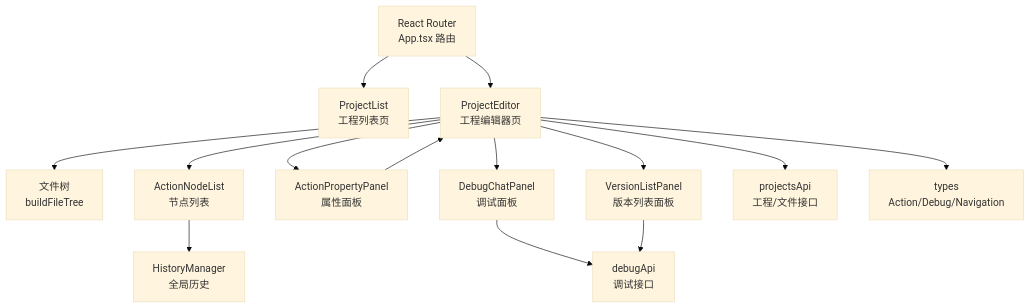
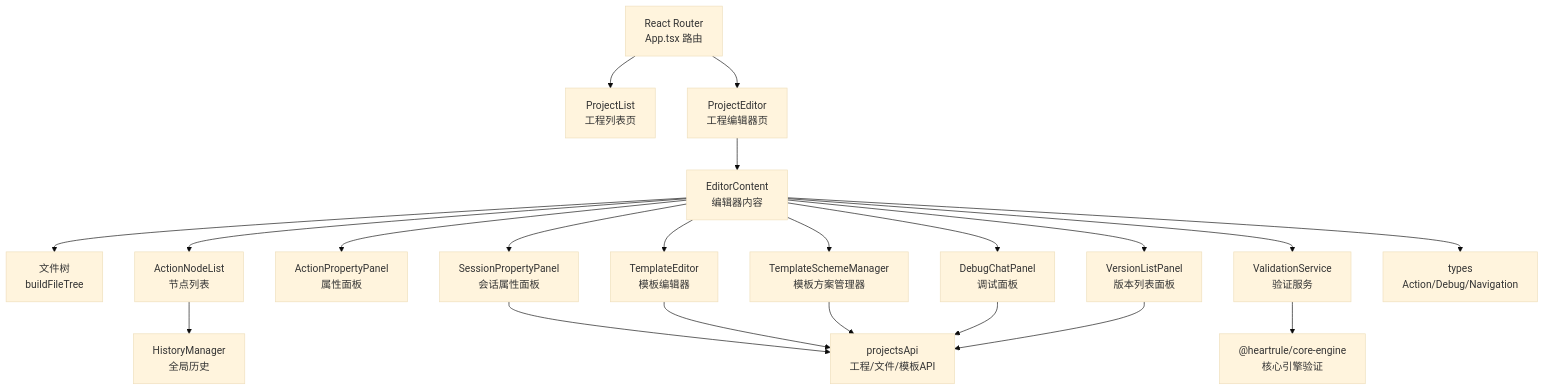
One commit to EverettCamus/HeartRule-Qoder changed the second of 20 diagrams in .qoder/repowiki/zh/content/脚本编辑器/脚本编辑器.md. Above: the diagram before and after it, drawn with Mermaid (base theme). The commit also changed other lines of this file and 8 other files, not shown here.

````diff
--- a/.qoder/repowiki/zh/content/脚本编辑器/脚本编辑器.md
+++ b/.qoder/repowiki/zh/content/脚本编辑器/脚本编辑器.md
@@ -124,16 +168,23 @@
 ```mermaid
 graph TB
 R["React Router<br/>App.tsx 路由"] --> PL["ProjectList<br/>工程列表页"]
 R --> PE["ProjectEditor<br/>工程编辑器页"]
-PE --> FT["文件树<br/>buildFileTree"]
-PE --> AE["ActionNodeList<br/>节点列表"]
-PE --> AP["ActionPropertyPanel<br/>属性面板"]
-PE --> DC["DebugChatPanel<br/>调试面板"]
-PE --> VP["VersionListPanel<br/>版本列表面板"]
+PE --> EC["EditorContent<br/>编辑器内容"]
+EC --> FT["文件树<br/>buildFileTree"]
+EC --> AE["ActionNodeList<br/>节点列表"]
+EC --> AP["ActionPropertyPanel<br/>属性面板"]
+EC --> SP["SessionPropertyPanel<br/>会话属性面板"]
+EC --> TE["TemplateEditor<br/>模板编辑器"]
+EC --> TSM["TemplateSchemeManager<br/>模板方案管理器"]
+EC --> DC["DebugChatPanel<br/>调试面板"]
+EC --> VP["VersionListPanel<br/>版本列表面板"]
 AE --> HM["HistoryManager<br/>全局历史"]
-AP --> PE
-DC --> API["debugApi<br/>调试接口"]
+SP --> API["projectsApi<br/>工程/文件/模板API"]
+TE --> API
+TSM --> API
+DC --> API
 VP --> API
-PE --> PAPI["projectsApi<br/>工程/文件接口"]
-PE --> T["types<br/>Action/Debug/Navigation"]
+EC --> VS["ValidationService<br/>验证服务"]
+VS --> CORE["@heartrule/core-engine<br/>核心引擎验证"]
+EC --> T["types<br/>Action/Debug/Navigation"]
 ```
````
